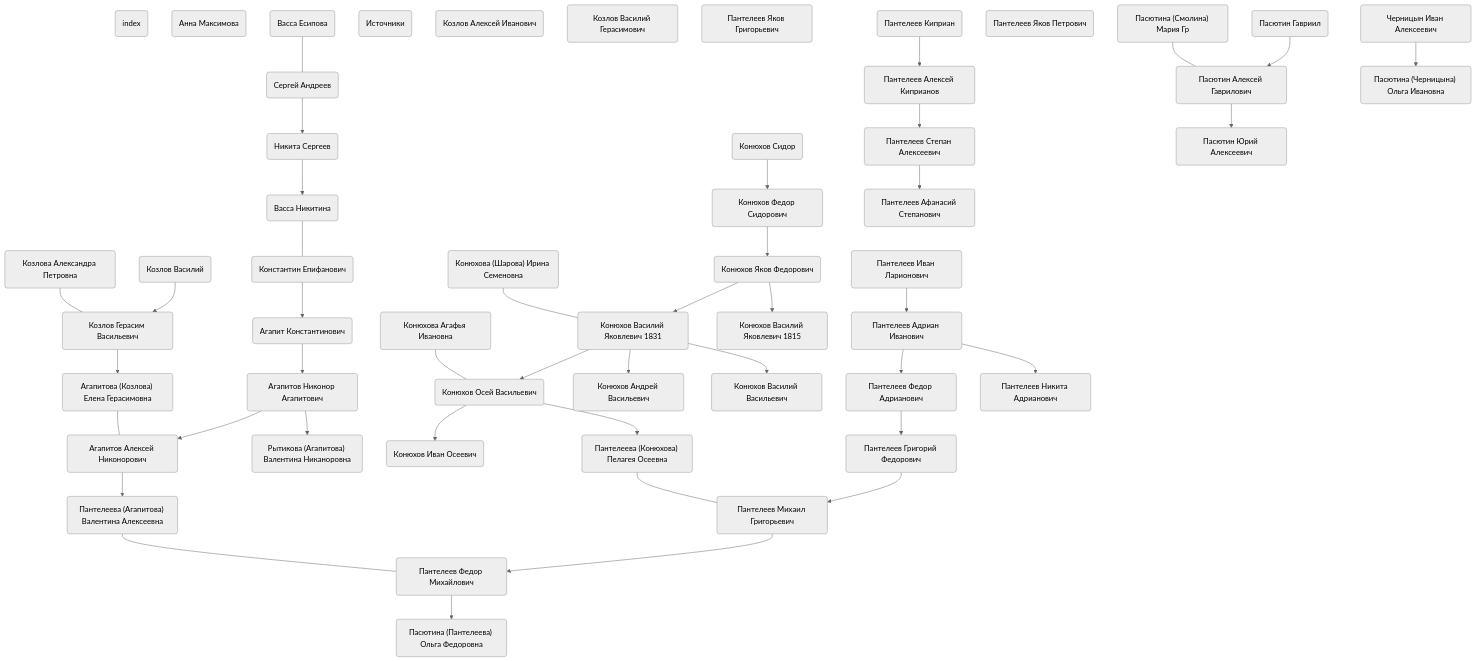
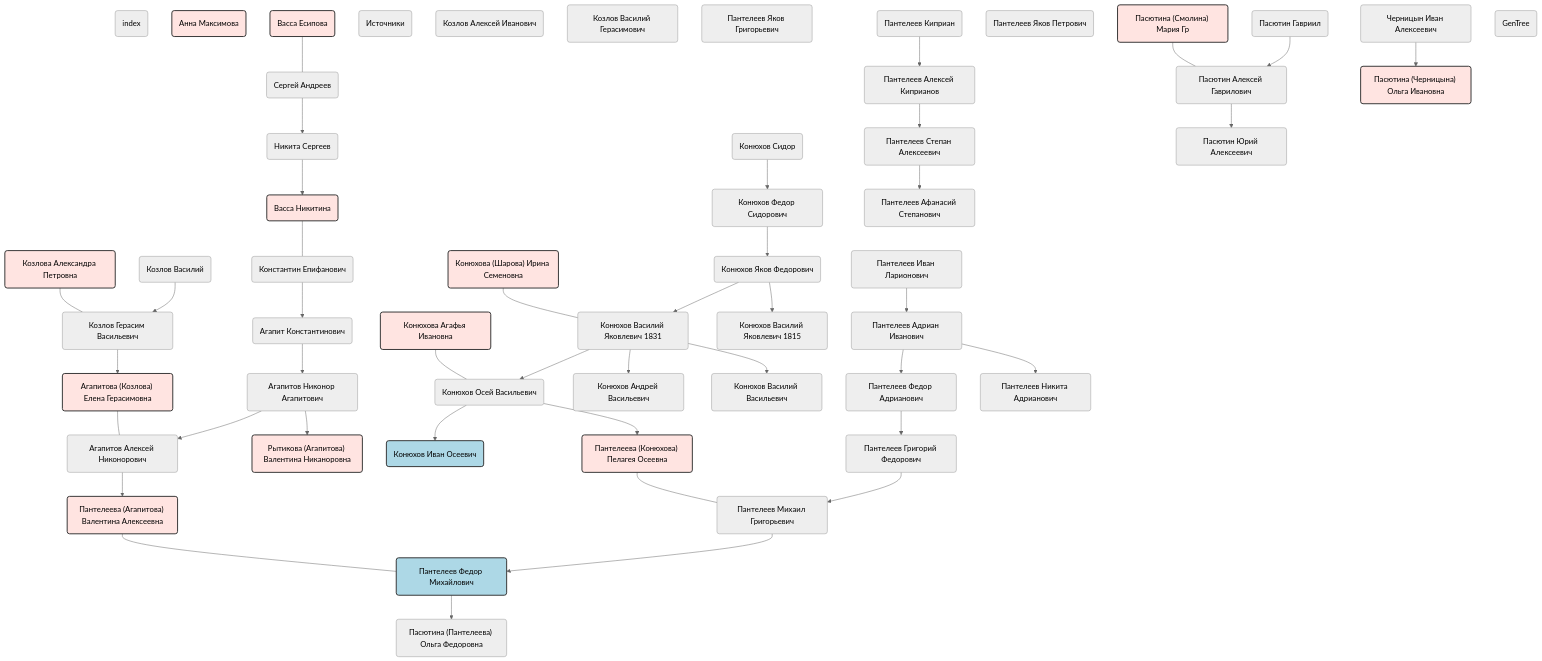
The diagram in source/content/GenTree.md (apaston/gen), drawn with Mermaid (neutral theme) before and after one commit. The commit also changed 49 other files, not shown here.

````diff
--- a/source/content/GenTree.md
+++ b/source/content/GenTree.md
@@ -9,39 +9,39 @@
 Агапит-Константинович("Агапит Константинович")
 Агапитов-Алексей-Никонорович("Агапитов Алексей Никонорович")
 Агапитов-Никонор-Агапитович("Агапитов Никонор Агапитович")
-Агапитова-_Козлова_-Елена-Герасимовна("Агапитова (Козлова) Елена Герасимовна")
+Агапитова-_Козлова_-Елена-Герасимовна("Агапитова (Козлова) Елена Герасимовна"):::female
 Константин-Епифанович("Константин Епифанович")
-Анна-Максимова("Анна Максимова")
-Васса-Есипова("Васса Есипова")
-Васса-Никитина("Васса Никитина")
+Анна-Максимова("Анна Максимова"):::female
+Васса-Есипова("Васса Есипова"):::female
+Васса-Никитина("Васса Никитина"):::female
 Никита-Сергеев("Никита Сергеев")
 Сергей-Андреев("Сергей Андреев")
-Рытикова-_Агапитова_-Валентина-Никаноровна("Рытикова (Агапитова) Валентина Никаноровна")
+Рытикова-_Агапитова_-Валентина-Никаноровна("Рытикова (Агапитова) Валентина Никаноровна"):::female
 Источники("Источники")
 Козлов-Василий("Козлов Василий")
 Козлов-Герасим-Васильевич("Козлов Герасим Васильевич")
-Козлова-Александра-Петровна("Козлова Александра Петровна")
+Козлова-Александра-Петровна("Козлова Александра Петровна"):::female
 Козлов-Алексей-Иванович("Козлов Алексей Иванович")
 Козлов-Василий-Герасимович("Козлов Василий Герасимович")
 Конюхов-Василий-Яковлевич-1831("Конюхов Василий Яковлевич 1831")
 Конюхов-Осей-Васильевич("Конюхов Осей Васильевич")
 Конюхов-Сидор("Конюхов Сидор")
 Конюхов-Федор-Сидорович("Конюхов Федор Сидорович")
-Конюхова-_Шарова_-Ирина-Семеновна("Конюхова (Шарова) Ирина Семеновна")
+Конюхова-_Шарова_-Ирина-Семеновна("Конюхова (Шарова) Ирина Семеновна"):::female
 Конюхов-Яков-Федорович("Конюхов Яков Федорович")
-Конюхова-Агафья-Ивановна("Конюхова Агафья Ивановна")
+Конюхова-Агафья-Ивановна("Конюхова Агафья Ивановна"):::female
 Конюхов-Василий-Яковлевич-1815("Конюхов Василий Яковлевич 1815")
 Конюхов-Андрей-Васильевич("Конюхов Андрей Васильевич")
-Конюхов-Иван-Осеевич("Конюхов Иван Осеевич")
+Конюхов-Иван-Осеевич("Конюхов Иван Осеевич"):::male
 Конюхов-Василий-Васильевич("Конюхов Василий Васильевич")
 Пантелеев-Адриан-Иванович("Пантелеев Адриан Иванович")
 Пантелеев-Иван-Ларионович("Пантелеев Иван Ларионович")
 Пантелеев-Григорий-Федорович("Пантелеев Григорий Федорович")
 Пантелеев-Михаил-Григорьевич("Пантелеев Михаил Григорьевич")
 Пантелеев-Федор-Адрианович("Пантелеев Федор Адрианович")
-Пантелеев-Федор-Михайлович("Пантелеев Федор Михайлович")
-Пантелеева-_Агапитова_-Валентина-Алексеевна("Пантелеева (Агапитова) Валентина Алексеевна")
-Пантелеева-_Конюхова_-Пелагея-Осеевна("Пантелеева (Конюхова) Пелагея Осеевна")
+Пантелеев-Федор-Михайлович("Пантелеев Федор Михайлович"):::male
+Пантелеева-_Агапитова_-Валентина-Алексеевна("Пантелеева (Агапитова) Валентина Алексеевна"):::female
+Пантелеева-_Конюхова_-Пелагея-Осеевна("Пантелеева (Конюхова) Пелагея Осеевна"):::female
 Пантелеев-Никита-Адрианович("Пантелеев Никита Адрианович")
 Пантелеев-Яков-Григорьевич("Пантелеев Яков Григорьевич")
 Пантелеев-Алексей-Киприанов("Пантелеев Алексей Киприанов")
@@ -52,9 +52,10 @@
 Пасютин-Гавриил("Пасютин Гавриил")
 Пасютин-Алексей-Гаврилович("Пасютин Алексей Гаврилович")
 Пасютин-Юрий-Алексеевич("Пасютин Юрий Алексеевич")
-Пасютина-_Черницына_-Ольга-Ивановна("Пасютина (Черницына) Ольга Ивановна")
-Пасютина-_Смолина_-Мария-Гр("Пасютина (Смолина) Мария Гр")
+Пасютина-_Черницына_-Ольга-Ивановна("Пасютина (Черницына) Ольга Ивановна"):::female
+Пасютина-_Смолина_-Мария-Гр("Пасютина (Смолина) Мария Гр"):::female
 Черницын-Иван-Алексеевич("Черницын Иван Алексеевич")
+GenTree("GenTree")
 
 Агапитов-Никонор-Агапитович("Агапитов Никонор Агапитович")
 Пантелеева-_Агапитова_-Валентина-Алексеевна("Пантелеева (Агапитова) Валентина Алексеевна")
@@ -132,6 +133,9 @@
 Пантелеева-_Конюхова_-Пелагея-Осеевна --- Пантелеев-Михаил-Григорьевич
 Пасютина-_Смолина_-Мария-Гр --- Пасютин-Алексей-Гаврилович
 
+classDef male fill:#add8e6,stroke:#333,stroke-width:2px
+classDef female fill:#ffe4e1,stroke:#333,stroke-width:2px
+
 click index "https://apaston.github.io/gen/Персоны/index"
 click Агапит-Константинович "https://apaston.github.io/gen/Агапитовы/Агапит-Константинович"
 click Агапитов-Алексей-Никонорович "https://apaston.github.io/gen/Агапитовы/Агапитов-Алексей-Никонорович"
@@ -182,4 +186,5 @@
 click Пасютина-_Черницына_-Ольга-Ивановна "https://apaston.github.io/gen/Пасютины/Пасютина-_Черницына_-Ольга-Ивановна"
 click Пасютина-_Смолина_-Мария-Гр "https://apaston.github.io/gen/Пасютины/Пасютина-_Смолина_-Мария-Гр"
 click Черницын-Иван-Алексеевич "https://apaston.github.io/gen/Черницыны/Черницын-Иван-Алексеевич"
+click GenTree "https://apaston.github.io/gen/Персоны/GenTree"
 ```
````
